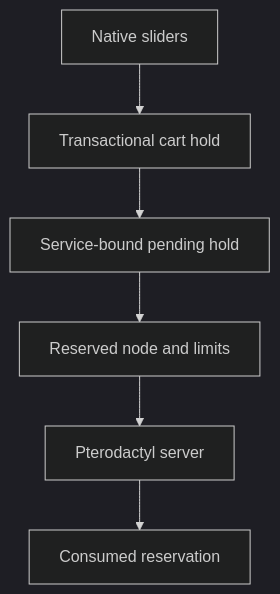
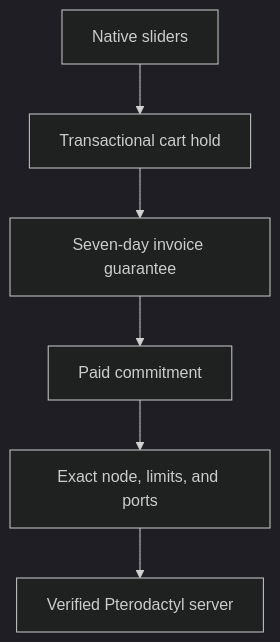
The diagram in README.md (ObsidianNetwork/dynamic-pterodactyl), drawn with Mermaid (dark theme) before and after one commit. The commit also changed other lines of this file and 82 other files, not shown here.

````diff
--- a/README.md
+++ b/README.md
@@ -15,8 +22,8 @@
 ```mermaid
 flowchart TD
     A["Native sliders"] --> B["Transactional cart hold"]
-    B --> C["Service-bound pending hold"]
-    C --> D["Reserved node and limits"]
-    D --> E["Pterodactyl server"]
-    E --> F["Consumed reservation"]
+    B --> C["Seven-day invoice guarantee"]
+    C --> D["Paid commitment"]
+    D --> E["Exact node, limits, and ports"]
+    E --> F["Verified Pterodactyl server"]
 ```
````
